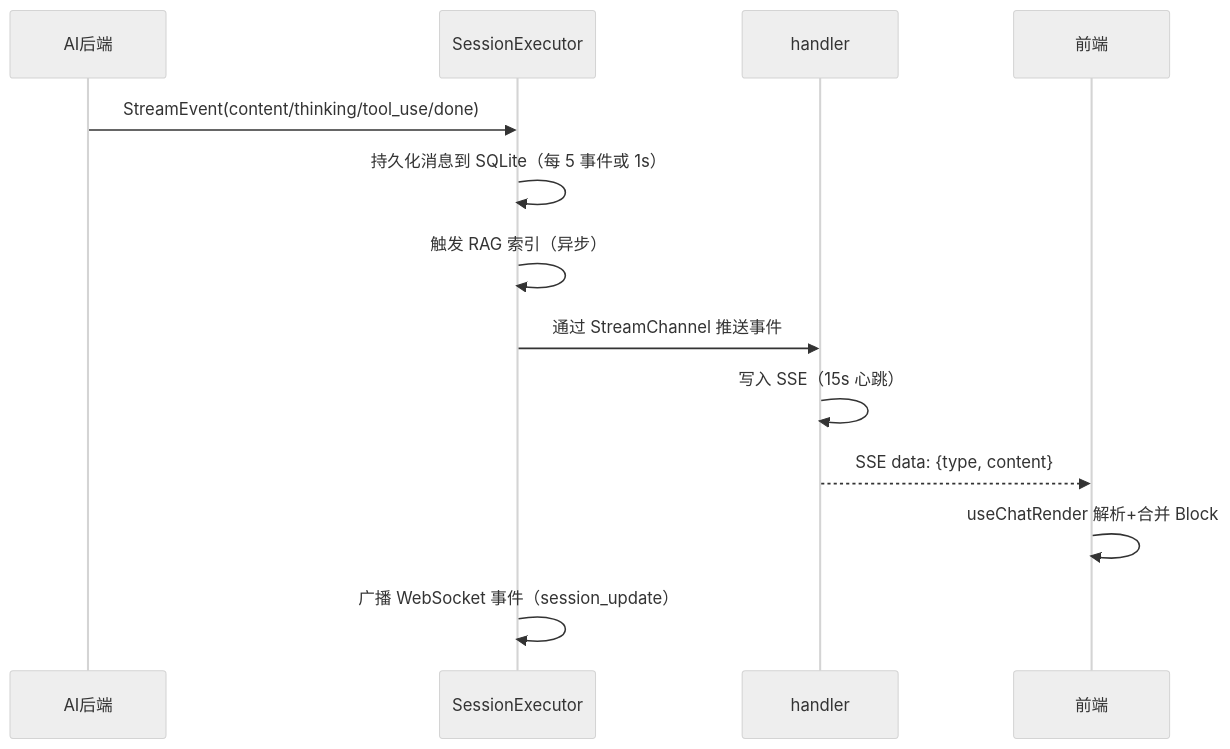
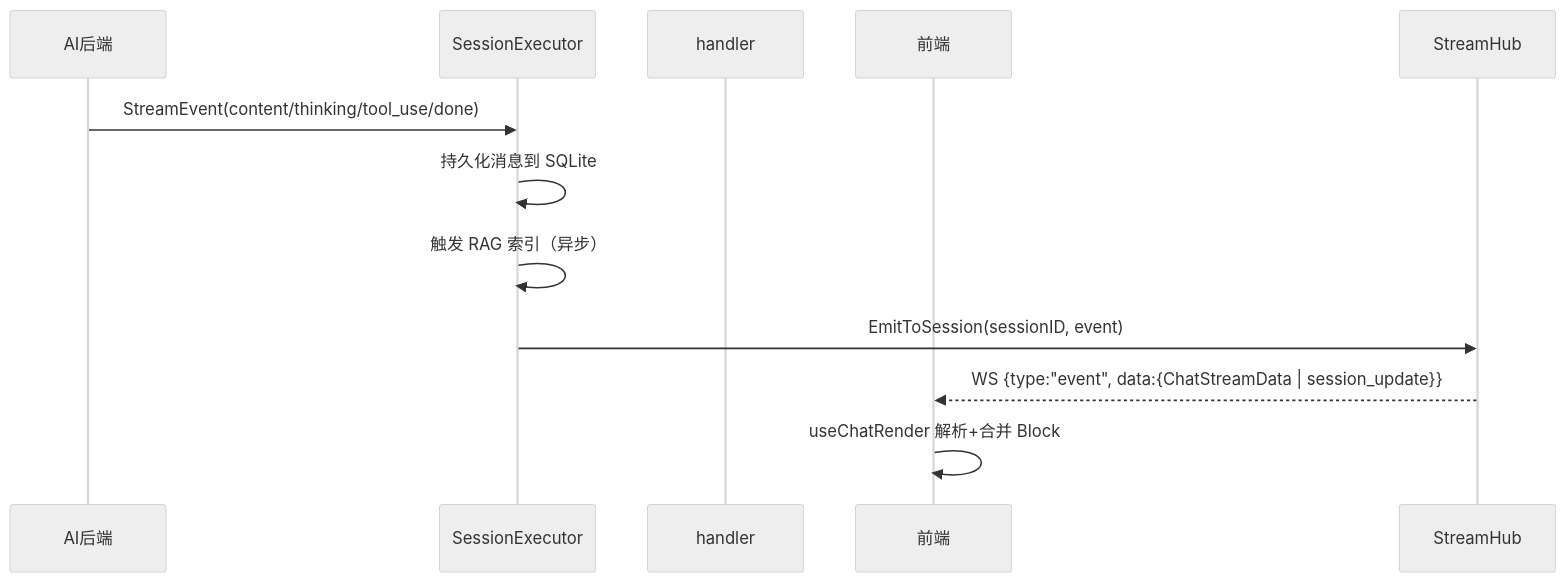
One commit to clawbench-dev/clawbench changed the second of 3 diagrams in docs/spec/core/chat-flow.md. Above: the diagram before and after it, drawn with Mermaid (neutral theme). The commit also changed other lines of this file and 15 other files, not shown here.

````diff
--- a/docs/spec/core/chat-flow.md
+++ b/docs/spec/core/chat-flow.md
@@ -31,16 +31,14 @@
 ```mermaid
 sequenceDiagram
     participant AI后端
     participant SessionExecutor
     participant handler
     participant 前端
 
     AI后端->>SessionExecutor: StreamEvent(content/thinking/tool_use/done)
-    SessionExecutor->>SessionExecutor: 持久化消息到 SQLite（每 5 事件或 1s）
+    SessionExecutor->>SessionExecutor: 持久化消息到 SQLite
     SessionExecutor->>SessionExecutor: 触发 RAG 索引（异步）
-    SessionExecutor->>handler: 通过 StreamChannel 推送事件
-    handler->>handler: 写入 SSE（15s 心跳）
-    handler-->>前端: SSE data: {type, content}
+    SessionExecutor->>StreamHub: EmitToSession(sessionID, event)
+    StreamHub-->>前端: WS {type:"event", data:{ChatStreamData | session_update}}
     前端->>前端: useChatRender 解析+合并 Block
-    SessionExecutor->>SessionExecutor: 广播 WebSocket 事件（session_update）
 ```
````
